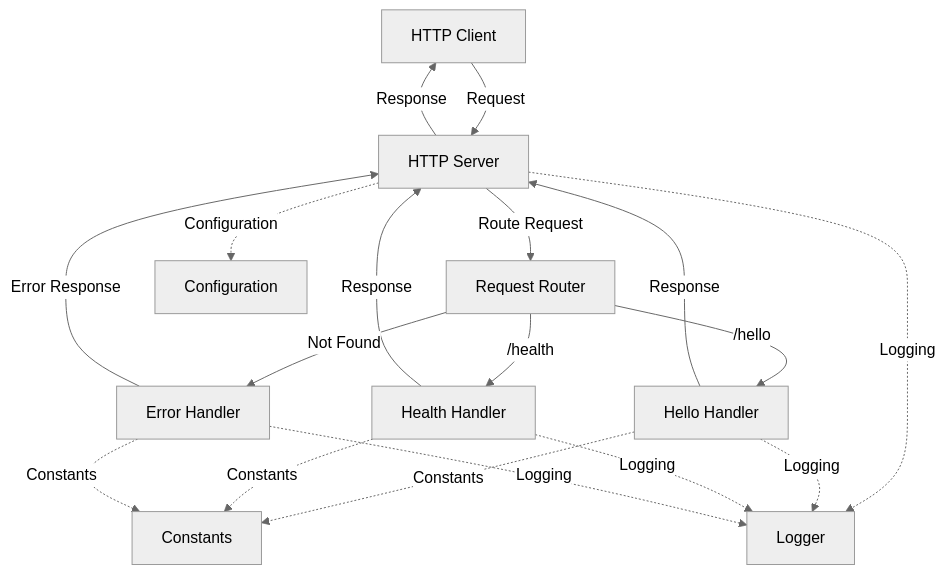
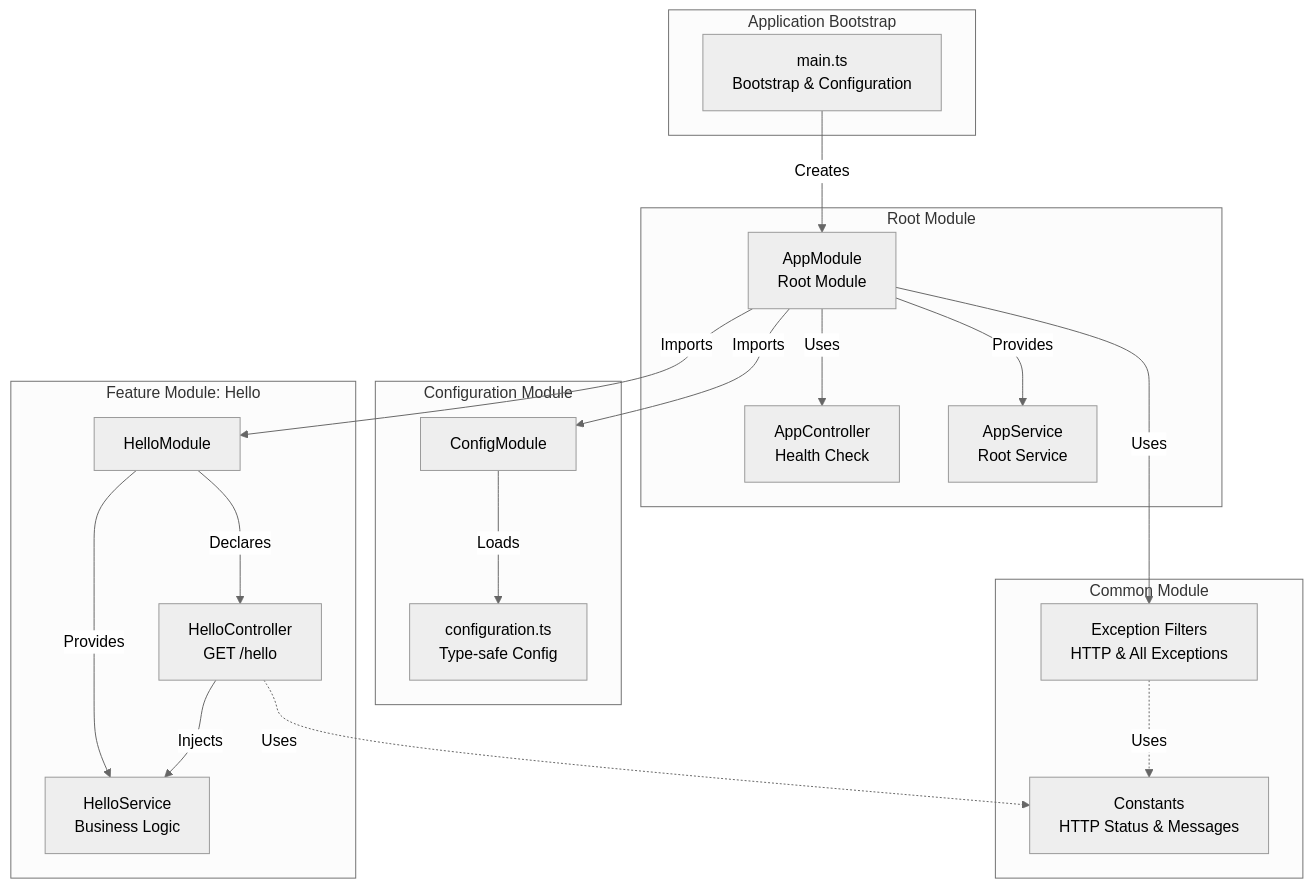
The first of 2 diagrams in README.md (blitzy-public-samples/hao-backprop-test), drawn with Mermaid (neutral theme) before and after one commit. The commit also changed other lines of this file, not shown here.

````diff
--- a/README.md
+++ b/README.md
@@ -26,21 +33,44 @@
 ```mermaid
 graph TD
-    Client[HTTP Client] -->|Request| Server[HTTP Server]
-    Server -->|Route Request| Router[Request Router]
-    Router -->|/hello| HelloHandler[Hello Handler]
-    Router -->|/health| HealthHandler[Health Handler]
-    Router -->|Not Found| ErrorHandler[Error Handler]
-    HelloHandler -->|Response| Server
-    HealthHandler -->|Response| Server
-    ErrorHandler -->|Error Response| Server
-    Server -->|Response| Client
+    subgraph "Application Bootstrap"
+        Main[main.ts<br/>Bootstrap & Configuration]
+    end
     
-    Server -.->|Configuration| Config[Configuration]
-    Server -.->|Logging| Logger[Logger]
-    HelloHandler -.->|Constants| Constants[Constants]
-    HelloHandler -.->|Logging| Logger
-    HealthHandler -.->|Constants| Constants[Constants]
-    HealthHandler -.->|Logging| Logger
-    ErrorHandler -.->|Constants| Constants
-    ErrorHandler -.->|Logging| Logger
+    subgraph "Root Module"
+        AppModule[AppModule<br/>Root Module]
+        AppController[AppController<br/>Health Check]
+        AppService[AppService<br/>Root Service]
+    end
+    
+    subgraph "Feature Module: Hello"
+        HelloModule[HelloModule]
+        HelloController[HelloController<br/>GET /hello]
+        HelloService[HelloService<br/>Business Logic]
+    end
+    
+    subgraph "Configuration Module"
+        ConfigModule[ConfigModule]
+        Configuration[configuration.ts<br/>Type-safe Config]
+    end
+    
+    subgraph "Common Module"
+        Filters[Exception Filters<br/>HTTP & All Exceptions]
+        Constants[Constants<br/>HTTP Status & Messages]
+    end
+    
+    Main -->|Creates| AppModule
+    AppModule -->|Imports| HelloModule
+    AppModule -->|Imports| ConfigModule
+    AppModule -->|Uses| AppController
+    AppModule -->|Provides| AppService
+    AppModule -->|Uses| Filters
+    
+    HelloModule -->|Declares| HelloController
+    HelloModule -->|Provides| HelloService
+    HelloController -->|Injects| HelloService
+    
+    ConfigModule -->|Loads| Configuration
+    
+    HelloController -.->|Uses| Constants
+    Filters -.->|Uses| Constants
 ```
````
